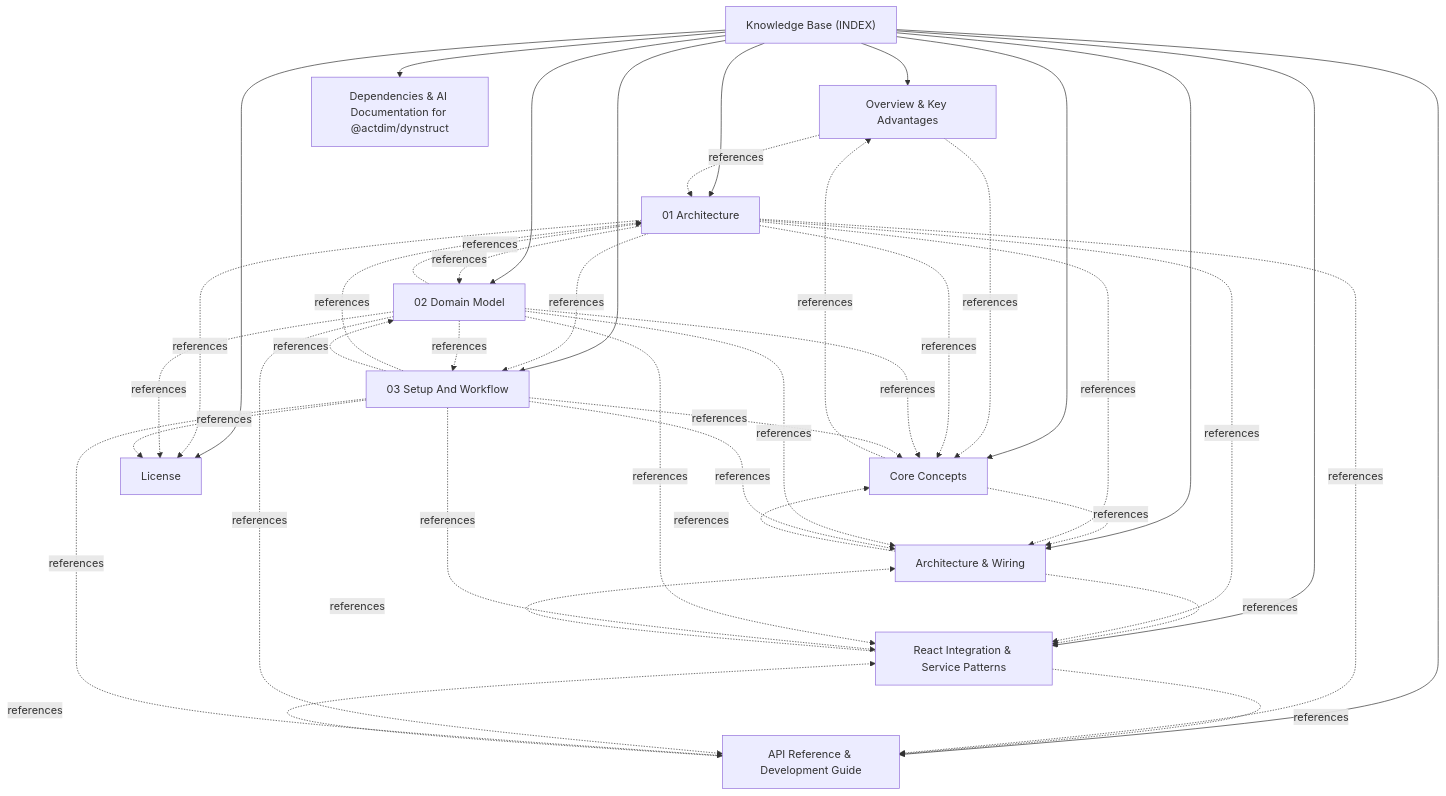
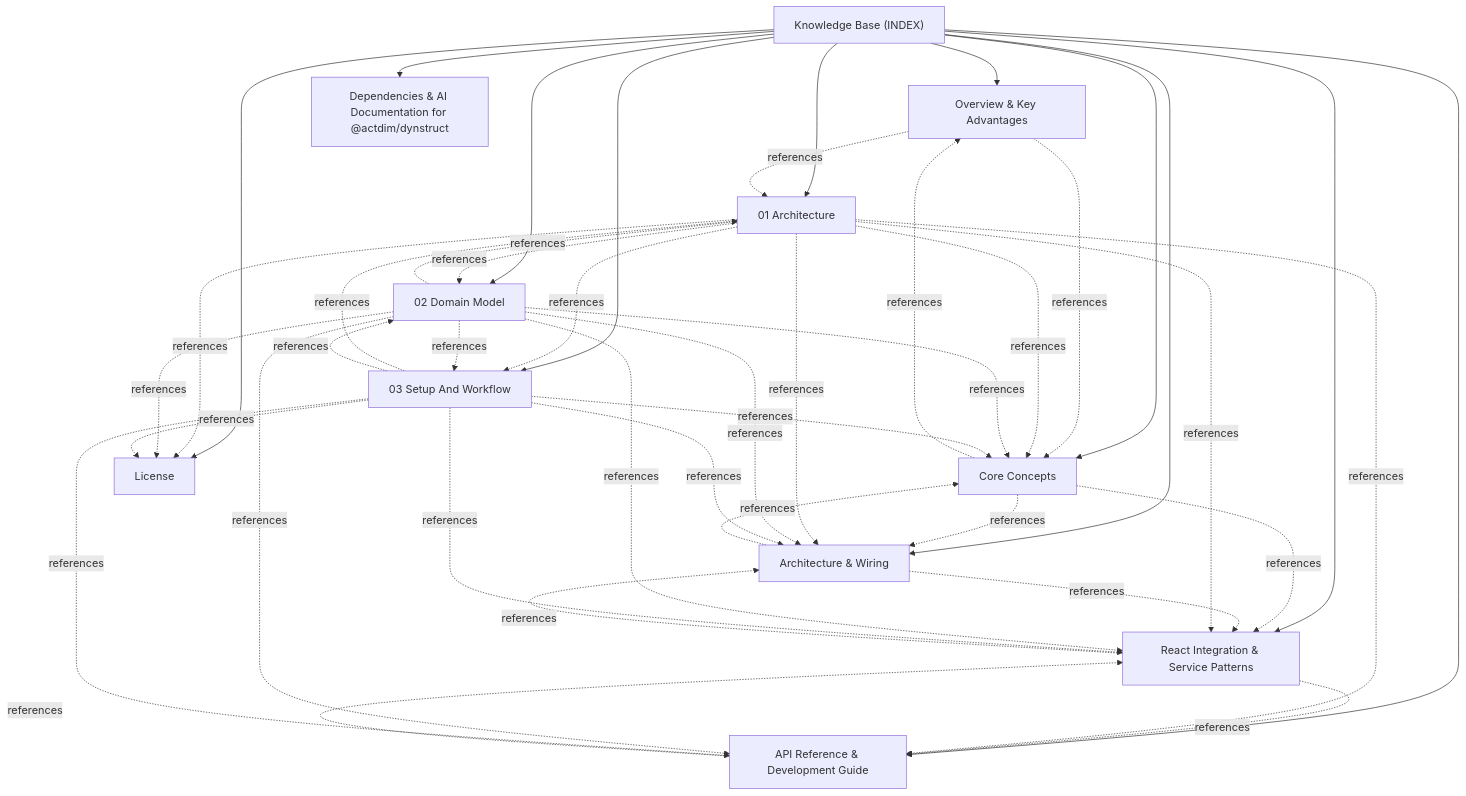
The diagram in docs/INDEX.md (actdim/dynstruct), drawn with Mermaid before and after one commit. The commit also changed other lines of this file and 26 other files, not shown here.

````diff
--- a/docs/INDEX.md
+++ b/docs/INDEX.md
@@ -17,54 +17,55 @@
 ```mermaid
 flowchart TD
     INDEX["Knowledge Base (INDEX)"]
     T_01_OVERVIEW_AND_ADVANTAGES["Overview & Key Advantages"]
     INDEX --> T_01_OVERVIEW_AND_ADVANTAGES
     T_02_CORE_CONCEPTS["Core Concepts"]
     INDEX --> T_02_CORE_CONCEPTS
     T_03__ARCHITECTURE____ARCHITECTURE_MD__AND_WIRING["Architecture & Wiring"]
     INDEX --> T_03__ARCHITECTURE____ARCHITECTURE_MD__AND_WIRING
     T_04_REACT_INTEGRATION["React Integration & Service Patterns"]
     INDEX --> T_04_REACT_INTEGRATION
     T_05_API_REFERENCE["API Reference & Development Guide"]
     INDEX --> T_05_API_REFERENCE
     T_ARCHITECTURE["01 Architecture"]
     INDEX --> T_ARCHITECTURE
     T_DEPENDENCIES["Dependencies & AI Documentation for @actdim/dynstruct"]
     INDEX --> T_DEPENDENCIES
     T_DOMAIN_MODEL["02 Domain Model"]
     INDEX --> T_DOMAIN_MODEL
     T_LICENSE["License"]
     INDEX --> T_LICENSE
     T_SETUP_AND_WORKFLOW["03 Setup And Workflow"]
     INDEX --> T_SETUP_AND_WORKFLOW
     T_01_OVERVIEW_AND_ADVANTAGES -.->|references| T_02_CORE_CONCEPTS
     T_01_OVERVIEW_AND_ADVANTAGES -.->|references| T_ARCHITECTURE
     T_02_CORE_CONCEPTS -.->|references| T_01_OVERVIEW_AND_ADVANTAGES
     T_02_CORE_CONCEPTS -.->|references| T_03__ARCHITECTURE____ARCHITECTURE_MD__AND_WIRING
+    T_02_CORE_CONCEPTS -.->|references| T_04_REACT_INTEGRATION
     T_03__ARCHITECTURE____ARCHITECTURE_MD__AND_WIRING -.->|references| T_02_CORE_CONCEPTS
     T_03__ARCHITECTURE____ARCHITECTURE_MD__AND_WIRING -.->|references| T_04_REACT_INTEGRATION
     T_04_REACT_INTEGRATION -.->|references| T_03__ARCHITECTURE____ARCHITECTURE_MD__AND_WIRING
     T_04_REACT_INTEGRATION -.->|references| T_05_API_REFERENCE
     T_05_API_REFERENCE -.->|references| T_04_REACT_INTEGRATION
     T_ARCHITECTURE -.->|references| T_02_CORE_CONCEPTS
     T_ARCHITECTURE -.->|references| T_03__ARCHITECTURE____ARCHITECTURE_MD__AND_WIRING
     T_ARCHITECTURE -.->|references| T_04_REACT_INTEGRATION
     T_ARCHITECTURE -.->|references| T_05_API_REFERENCE
     T_ARCHITECTURE -.->|references| T_DOMAIN_MODEL
     T_ARCHITECTURE -.->|references| T_SETUP_AND_WORKFLOW
     T_ARCHITECTURE -.->|references| T_LICENSE
     T_DOMAIN_MODEL -.->|references| T_ARCHITECTURE
     T_DOMAIN_MODEL -.->|references| T_02_CORE_CONCEPTS
     T_DOMAIN_MODEL -.->|references| T_03__ARCHITECTURE____ARCHITECTURE_MD__AND_WIRING
     T_DOMAIN_MODEL -.->|references| T_04_REACT_INTEGRATION
     T_DOMAIN_MODEL -.->|references| T_05_API_REFERENCE
     T_DOMAIN_MODEL -.->|references| T_SETUP_AND_WORKFLOW
     T_DOMAIN_MODEL -.->|references| T_LICENSE
     T_SETUP_AND_WORKFLOW -.->|references| T_ARCHITECTURE
     T_SETUP_AND_WORKFLOW -.->|references| T_DOMAIN_MODEL
     T_SETUP_AND_WORKFLOW -.->|references| T_02_CORE_CONCEPTS
     T_SETUP_AND_WORKFLOW -.->|references| T_03__ARCHITECTURE____ARCHITECTURE_MD__AND_WIRING
     T_SETUP_AND_WORKFLOW -.->|references| T_04_REACT_INTEGRATION
     T_SETUP_AND_WORKFLOW -.->|references| T_05_API_REFERENCE
     T_SETUP_AND_WORKFLOW -.->|references| T_LICENSE
 ```
````
